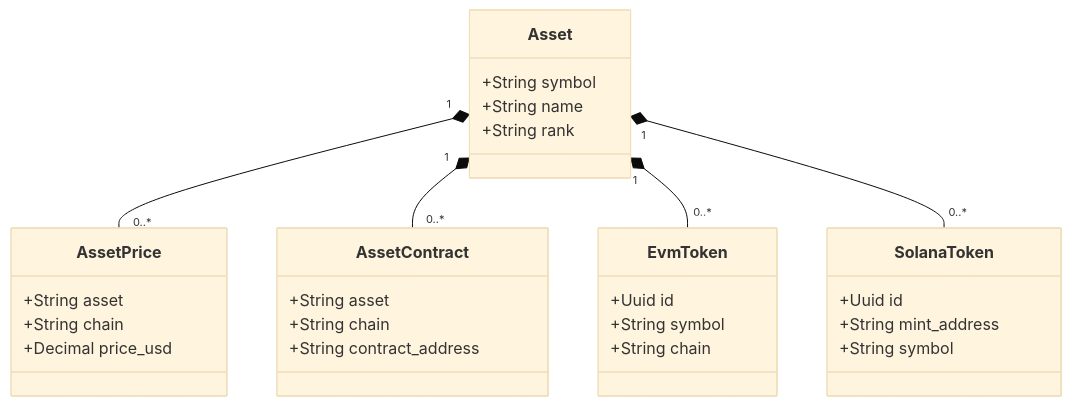
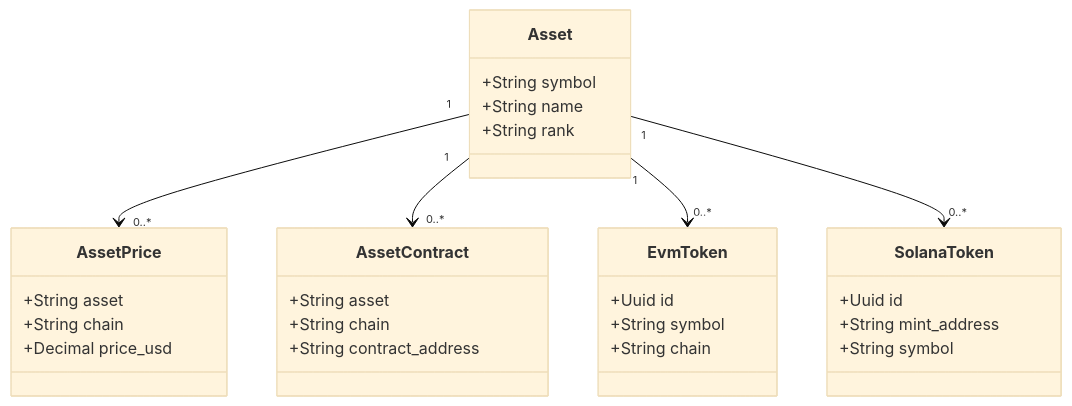
Before and after one commit to doitsu2014/crypto-pocket-butler: the third of 5 diagrams in docs/architecture/01-architecture-design/01-domain-models.md, drawn with Mermaid (base theme). The commit also changed other lines of this file and 3 other files, not shown here.

First line of the commit message:
docs: Fix all Mermaid syntax errors for GitHub compatibility

````diff
--- a/docs/architecture/01-architecture-design/01-domain-models.md
+++ b/docs/architecture/01-architecture-design/01-domain-models.md
@@ -72,37 +72,37 @@
 ```mermaid
 classDiagram
     class Asset {
         +String symbol
         +String name
         +String rank
     }
     
     class AssetPrice {
         +String asset
         +String chain
         +Decimal price_usd
     }
     
     class AssetContract {
         +String asset
         +String chain
         +String contract_address
     }
     
     class EvmToken {
         +Uuid id
         +String symbol
         +String chain
     }
     
     class SolanaToken {
         +Uuid id
         +String mint_address
         +String symbol
     }
     
-    Asset "1" *-- "0..*" AssetPrice
-    Asset "1" *-- "0..*" AssetContract
-    Asset "1" *-- "0..*" EvmToken
-    Asset "1" *-- "0..*" SolanaToken
+    Asset "1" --> "0..*" AssetPrice
+    Asset "1" --> "0..*" AssetContract
+    Asset "1" --> "0..*" EvmToken
+    Asset "1" --> "0..*" SolanaToken
 ```
````
